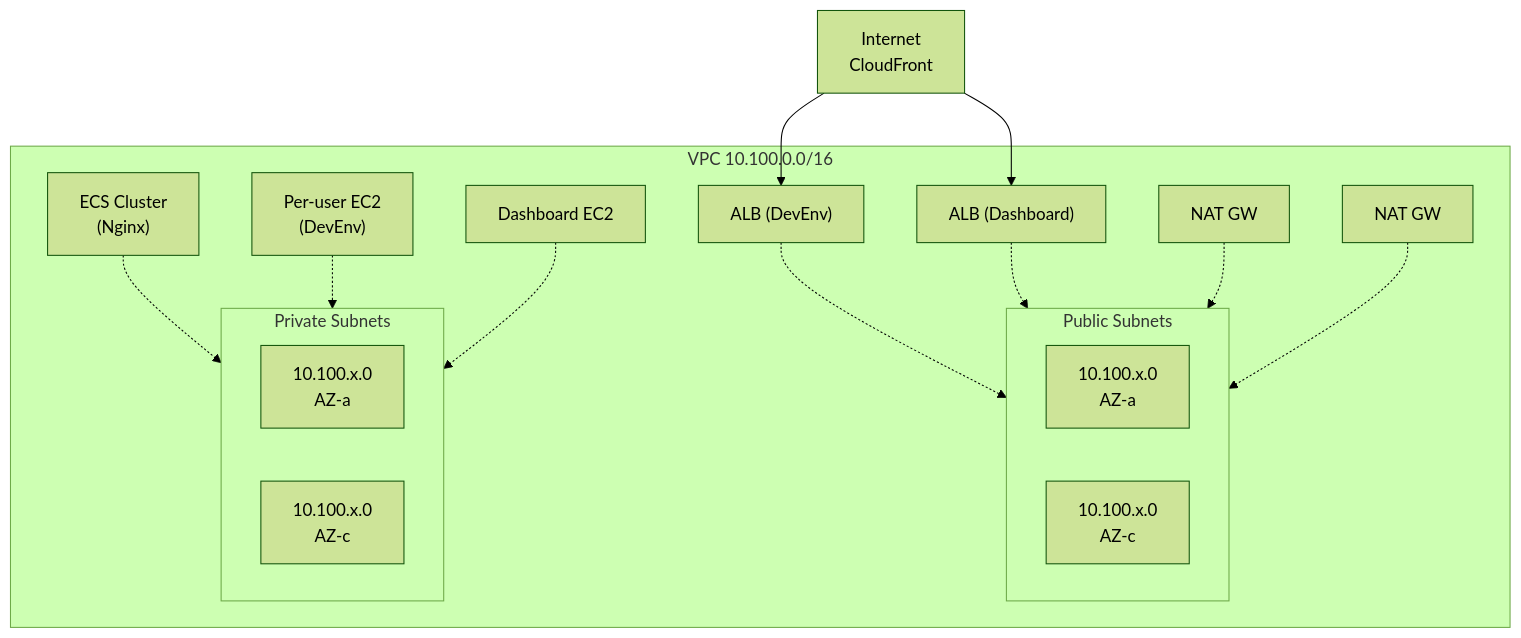
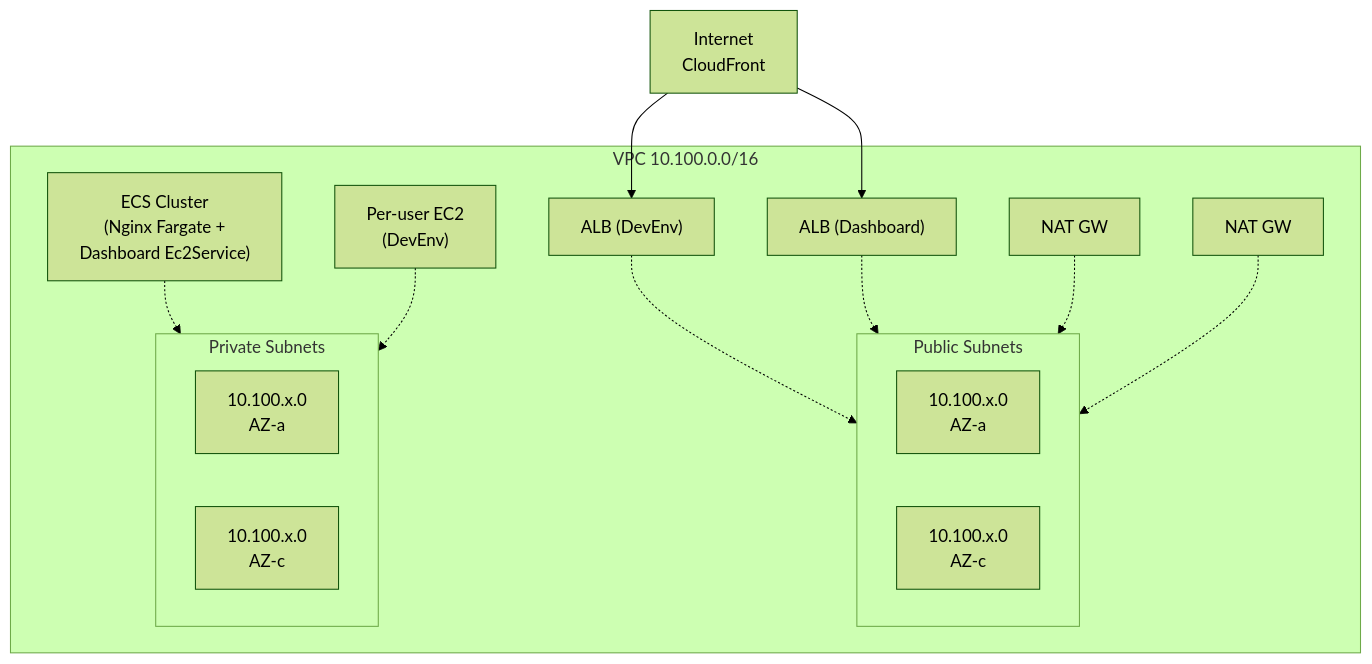
Before and after one commit to Atom-oh/cc-on-bedrock: the fifth of 7 diagrams in docs/architecture.md, drawn with Mermaid (forest theme). The commit also changed other lines of this file and 29 other files, not shown here.

````diff
--- a/docs/architecture.md
+++ b/docs/architecture.md
@@ -200,37 +201,35 @@
 ```mermaid
 graph TB
     subgraph VPC["VPC 10.100.0.0/16"]
         subgraph PubSub["Public Subnets"]
             direction LR
             PS_A["10.100.x.0<br/>AZ-a"]
             PS_C["10.100.x.0<br/>AZ-c"]
         end
 
         subgraph PriSub["Private Subnets"]
             direction LR
             PR_A["10.100.x.0<br/>AZ-a"]
             PR_C["10.100.x.0<br/>AZ-c"]
         end
 
         ALB1["ALB (DevEnv)"]
         ALB2["ALB (Dashboard)"]
         NAT1["NAT GW"]
         NAT2["NAT GW"]
 
-        ECS_EC2["ECS Cluster<br/>(Nginx)"]
+        ECS_EC2["ECS Cluster<br/>(Nginx Fargate +<br/>Dashboard Ec2Service)"]
         DevEnv_EC2["Per-user EC2<br/>(DevEnv)"]
-        Dash_EC2["Dashboard EC2"]
 
         ALB1 -.-> PS_A
         ALB2 -.-> PS_A
         NAT1 -.-> PS_A
         NAT2 -.-> PS_C
 
         ECS_EC2 -.-> PR_A
         DevEnv_EC2 -.-> PR_A
-        Dash_EC2 -.-> PR_A
     end
 
     Internet["Internet<br/>CloudFront"] --> ALB1
     Internet --> ALB2
 ```
````
